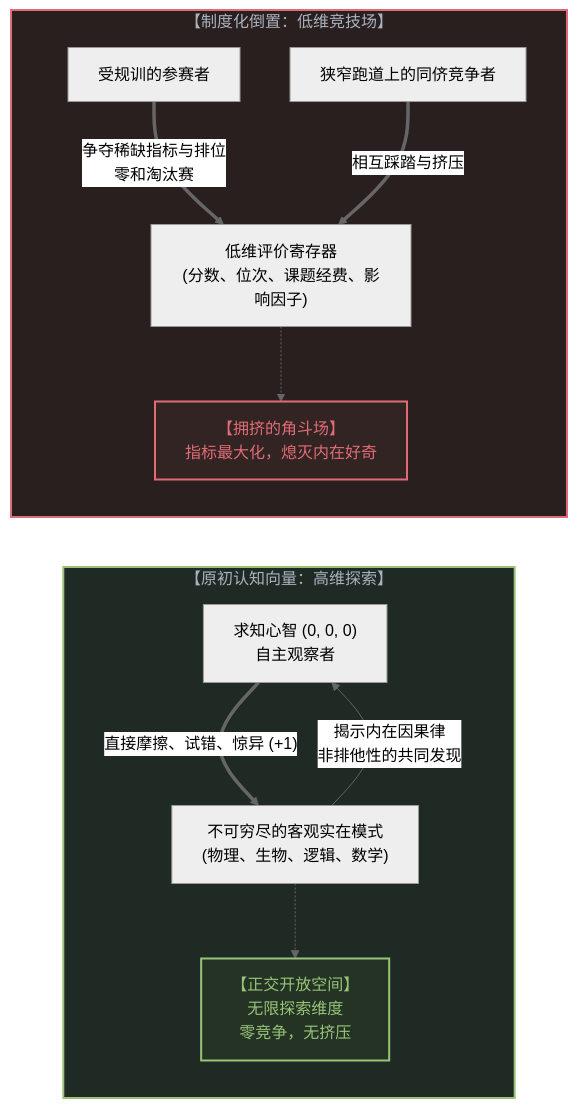
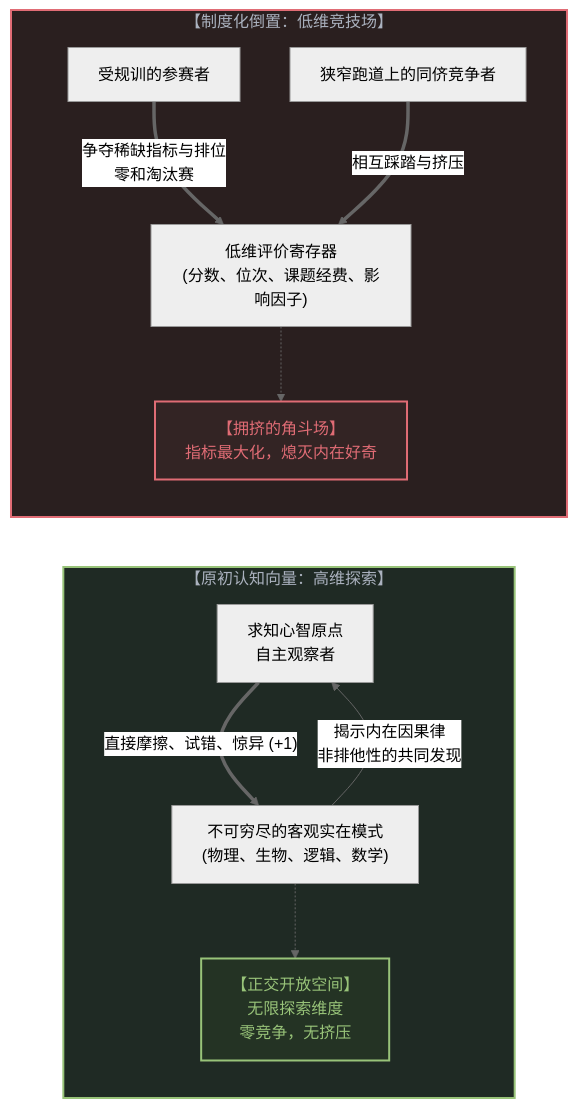
One commit to powerpig99/not-a-toe changed the first of 10 diagrams in content/posts/the-reversal-of-education-and-science.md. Above: the diagram before and after it, drawn with Mermaid (neutral theme). The commit also changed other lines of this file and 15 other files, not shown here.

````diff
--- a/content/posts/the-reversal-of-education-and-science.md
+++ b/content/posts/the-reversal-of-education-and-science.md
@@ -15,26 +15,26 @@
 ```mermaid
 graph LR
     subgraph OriginalState["【原初认知向量：高维探索】"]
-        Mind["求知心智 (0, 0, 0)<br>自主观察者"]
+        Mind["求知心智原点<br>自主观察者"]
         Reality["不可穷尽的客观实在模式<br>(物理、生物、逻辑、数学)"]
         Mind ==>|"直接摩擦、试错、惊异 (+1)"| Reality
         Reality -->|"揭示内在因果律<br>非排他性的共同发现"| Mind
         Space["【正交开放空间】<br>无限探索维度<br>零竞争，无挤压"]
         Reality -.-> Space
     end
 
     subgraph InvertedState["【制度化倒置：低维竞技场】"]
         Student["受规训的参赛者"]
         Register["低维评价寄存器<br>(分数、位次、课题经费、影响因子)"]
         OtherPeers["狭窄跑道上的同侪竞争者"]
         Student ==>|"争夺稀缺指标与排位<br>零和淘汰赛"| Register
         OtherPeers ==>|"相互踩踏与挤压"| Register
         WarZone["【拥挤的角斗场】<br>指标最大化，熄灭内在好奇"]
         Register -.-> WarZone
     end
 
     style OriginalState fill:#1f2a24,stroke:#98c379,stroke-width:2px,color:#abb2bf
     style InvertedState fill:#2a1f1f,stroke:#e06c75,stroke-width:2px,color:#abb2bf
     style Space fill:#243324,stroke:#98c379,stroke-width:2px,color:#98c379
     style WarZone fill:#332424,stroke:#e06c75,stroke-width:2px,color:#e06c75
 ```
````
